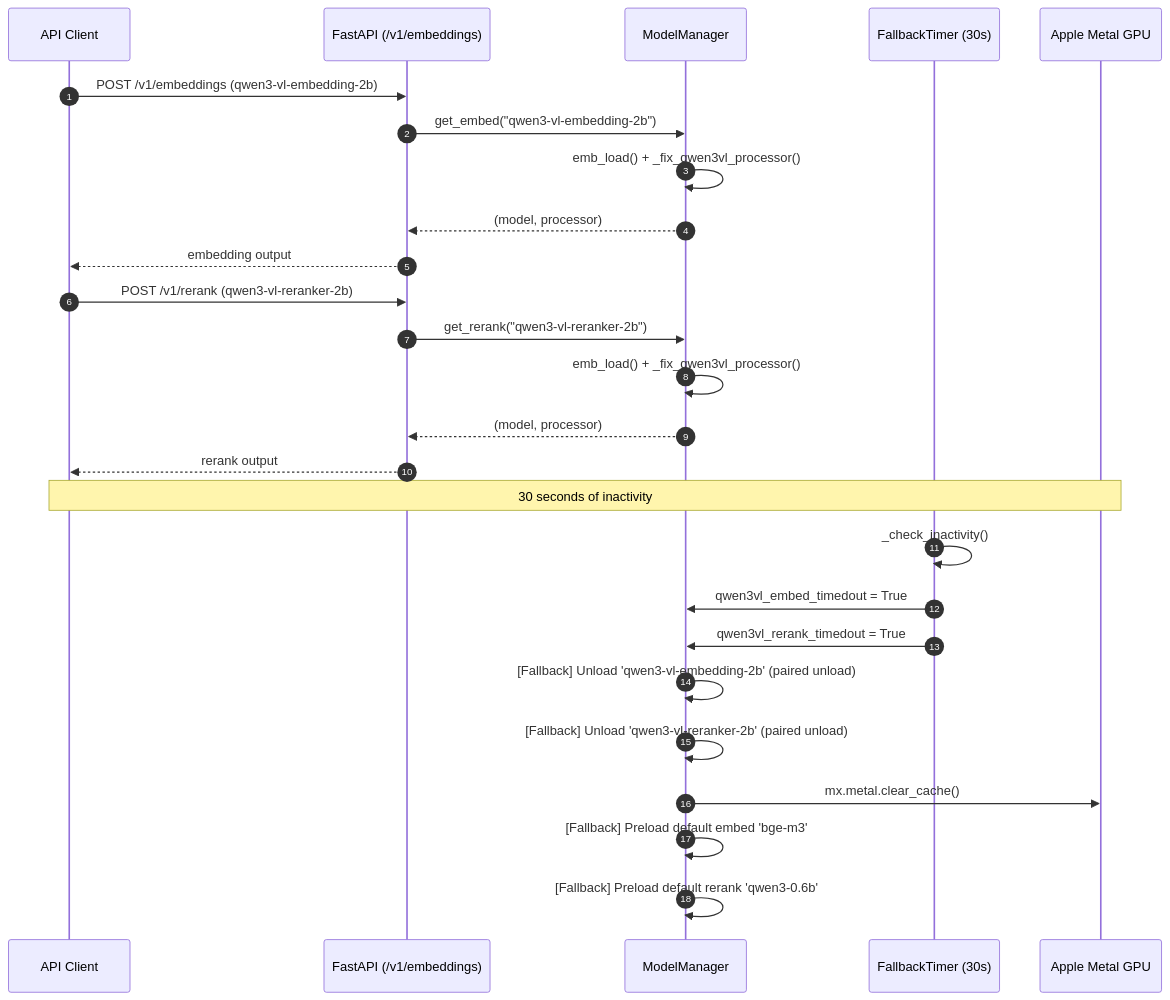
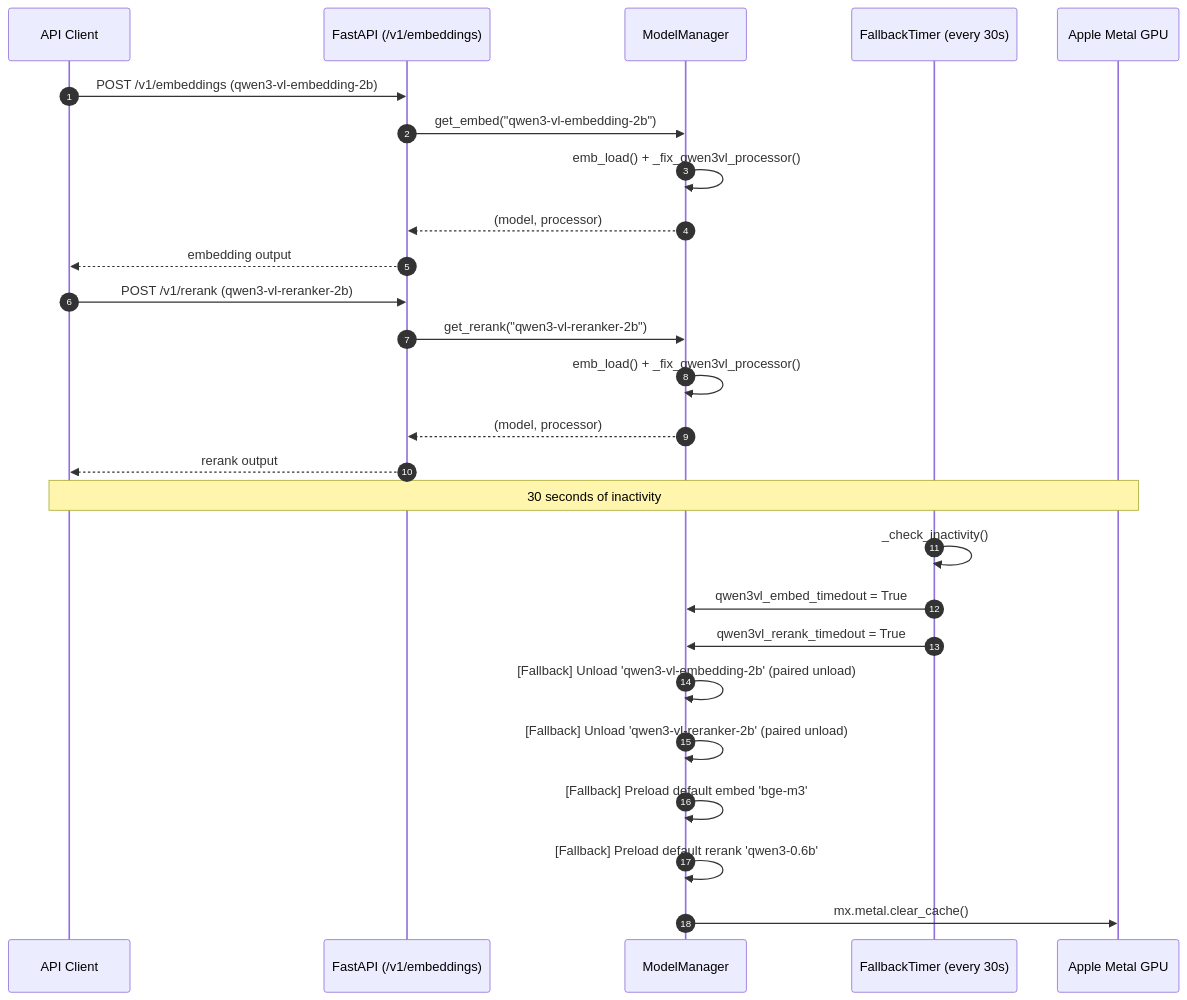
One commit to norizou/mlx-embed-rerank-server changed the second of 2 diagrams in README.md. Above: the diagram before and after it, drawn with Mermaid. The commit also changed other lines of this file and 6 other files, not shown here.

````diff
--- a/README.md
+++ b/README.md
@@ -89,33 +140,33 @@
 ```mermaid
 sequenceDiagram
     autonumber
     participant Client as API Client
     participant API as FastAPI (/v1/embeddings)
     participant MM as ModelManager
-    participant Timer as FallbackTimer (30s)
+    participant Timer as FallbackTimer (every 30s)
     participant GPU as Apple Metal GPU
 
     Client->>API: POST /v1/embeddings (qwen3-vl-embedding-2b)
     API->>MM: get_embed("qwen3-vl-embedding-2b")
     MM->>MM: emb_load() + _fix_qwen3vl_processor()
     MM-->>API: (model, processor)
     API-->>Client: embedding output
 
     Client->>API: POST /v1/rerank (qwen3-vl-reranker-2b)
     API->>MM: get_rerank("qwen3-vl-reranker-2b")
     MM->>MM: emb_load() + _fix_qwen3vl_processor()
     MM-->>API: (model, processor)
     API-->>Client: rerank output
 
     Note over Client,GPU: 30 seconds of inactivity
 
     Timer->>Timer: _check_inactivity()
     Timer->>MM: qwen3vl_embed_timedout = True
     Timer->>MM: qwen3vl_rerank_timedout = True
 
     MM->>MM: [Fallback] Unload 'qwen3-vl-embedding-2b' (paired unload)
     MM->>MM: [Fallback] Unload 'qwen3-vl-reranker-2b' (paired unload)
-    MM->>GPU: mx.metal.clear_cache()
     MM->>MM: [Fallback] Preload default embed 'bge-m3'
     MM->>MM: [Fallback] Preload default rerank 'qwen3-0.6b'
+    MM->>GPU: mx.metal.clear_cache()
 ```
````
